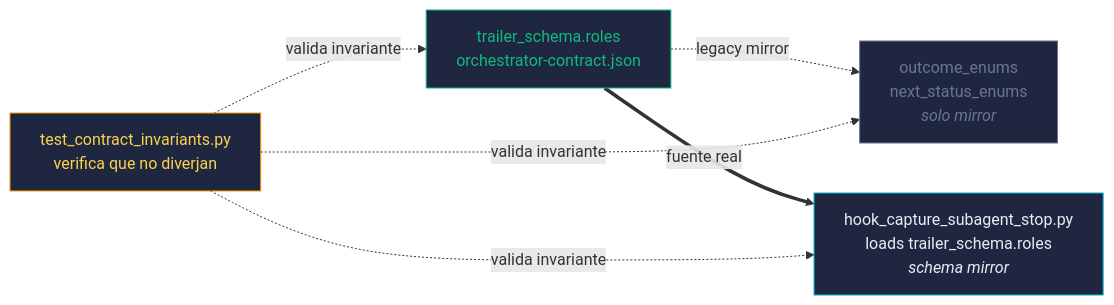
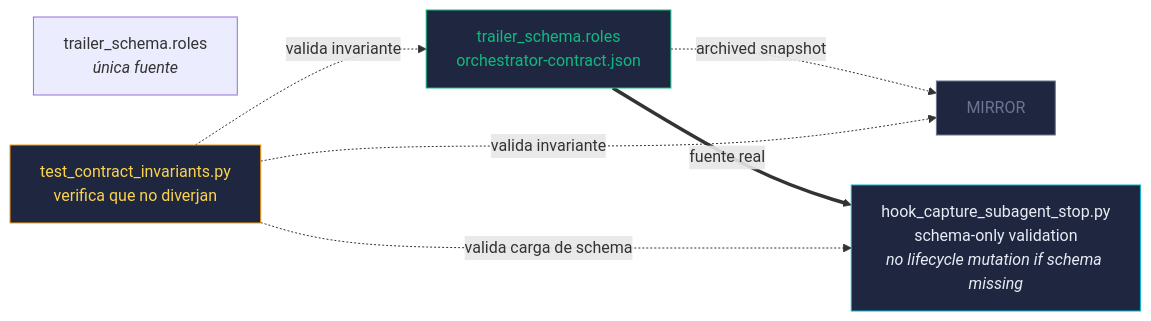
The sixth of 6 diagrams in site/diagrams/outcomes.md (sergiolrinditex/React-Python-Login-Admin), drawn with Mermaid before and after one commit. The commit also changed other lines of this file and 49 other files, not shown here.

````diff
--- a/site/diagrams/outcomes.md
+++ b/site/diagrams/outcomes.md
@@ -197,18 +197,18 @@
 ```mermaid
 flowchart LR
     SRC[trailer_schema.roles<br>orchestrator-contract.json]
-    MIRROR[outcome_enums<br>next_status_enums<br><i>solo mirror</i>]
-    HOOK[hook_capture_subagent_stop.py<br>loads trailer_schema.roles<br><i>schema mirror</i>]
+    SCHEMA[trailer_schema.roles<br><i>única fuente</i>]
+    HOOK[hook_capture_subagent_stop.py<br>schema-only validation<br><i>no lifecycle mutation if schema missing</i>]
     TEST[test_contract_invariants.py<br>verifica que no diverjan]
 
-    SRC -.legacy mirror.-> MIRROR
+    SRC -.archived snapshot.-> MIRROR
     SRC == fuente real ==> HOOK
     TEST -.valida invariante.-> SRC
     TEST -.valida invariante.-> MIRROR
-    TEST -.valida invariante.-> HOOK
+    TEST -.valida carga de schema.-> HOOK
 
     style SRC fill:#1f2740,stroke:#10b981,color:#10b981
     style MIRROR fill:#1f2740,stroke:#6b7591,color:#6b7591
     style HOOK fill:#1f2740,stroke:#06b6d4,color:#e8ecf5
     style TEST fill:#1f2740,stroke:#f59e0b,color:#fcd34d
 ```
````
